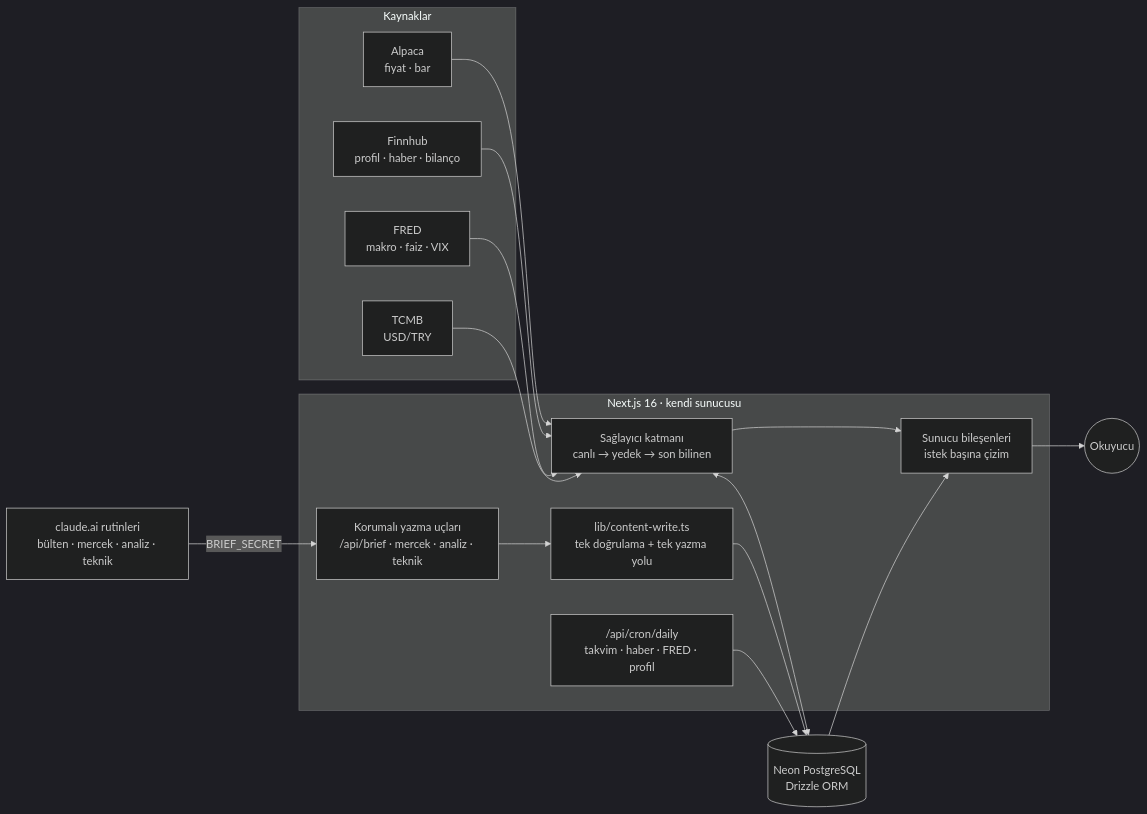
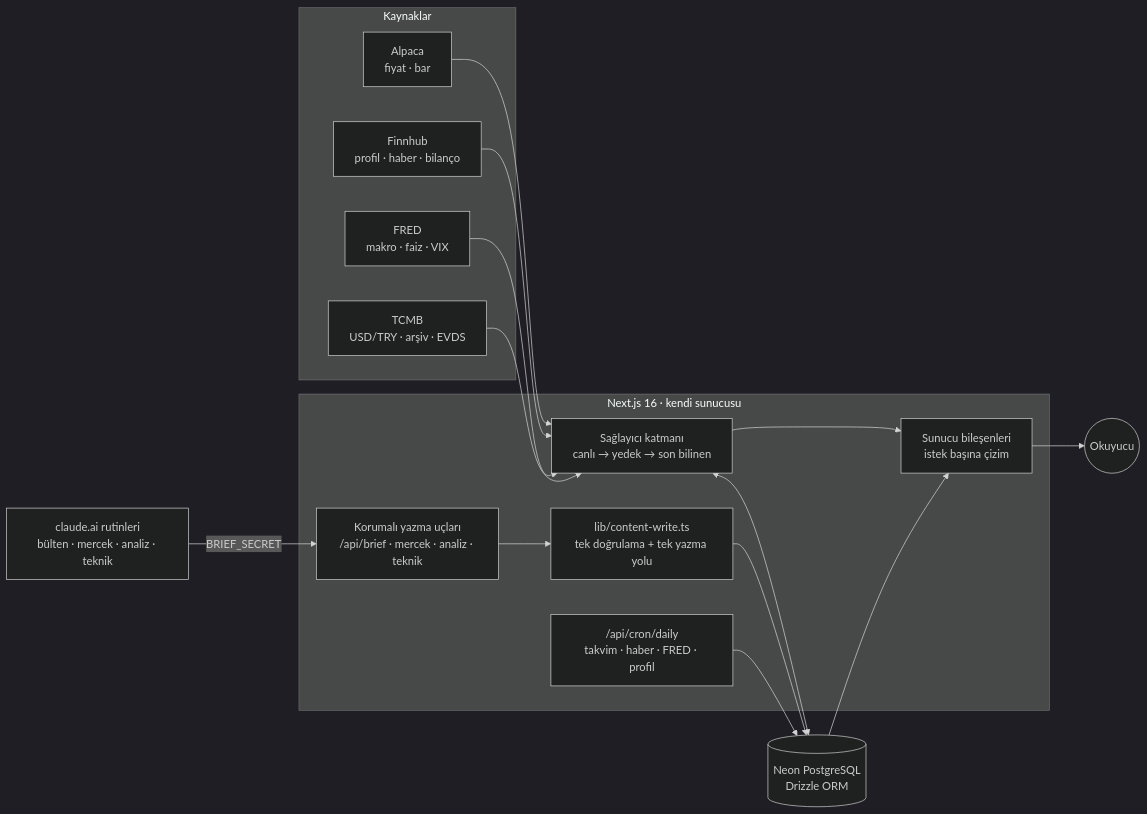
One commit to ahmetakyapi/acilis-zili changed the diagram in README.md. Above: the diagram before and after it, drawn with Mermaid (dark theme). The commit also changed other lines of this file and 54 other files, not shown here.

````diff
--- a/README.md
+++ b/README.md
@@ -147,28 +149,28 @@
 ```mermaid
 flowchart LR
   subgraph Kaynaklar
     AL[Alpaca<br/>fiyat · bar]
     FH[Finnhub<br/>profil · haber · bilanço]
     FR[FRED<br/>makro · faiz · VIX]
-    TC[TCMB<br/>USD/TRY]
+    TC[TCMB<br/>USD/TRY · arşiv · EVDS]
   end
 
   subgraph Sunucu["Next.js 16 · kendi sunucusu"]
     PL["Sağlayıcı katmanı<br/>canlı → yedek → son bilinen"]
     RSC["Sunucu bileşenleri<br/>istek başına çizim"]
     API["Korumalı yazma uçları<br/>/api/brief · mercek · analiz · teknik"]
     CW["lib/content-write.ts<br/>tek doğrulama + tek yazma yolu"]
     CRON["/api/cron/daily<br/>takvim · haber · FRED · profil"]
   end
 
   DB[(Neon PostgreSQL<br/>Drizzle ORM)]
   RT["claude.ai rutinleri<br/>bülten · mercek · analiz · teknik"]
   U((Okuyucu))
 
   AL & FH & FR & TC --> PL
   PL <--> DB
   PL --> RSC
   RT -- "BRIEF_SECRET" --> API --> CW --> DB
   CRON --> DB
   DB --> RSC --> U
 ```
````
